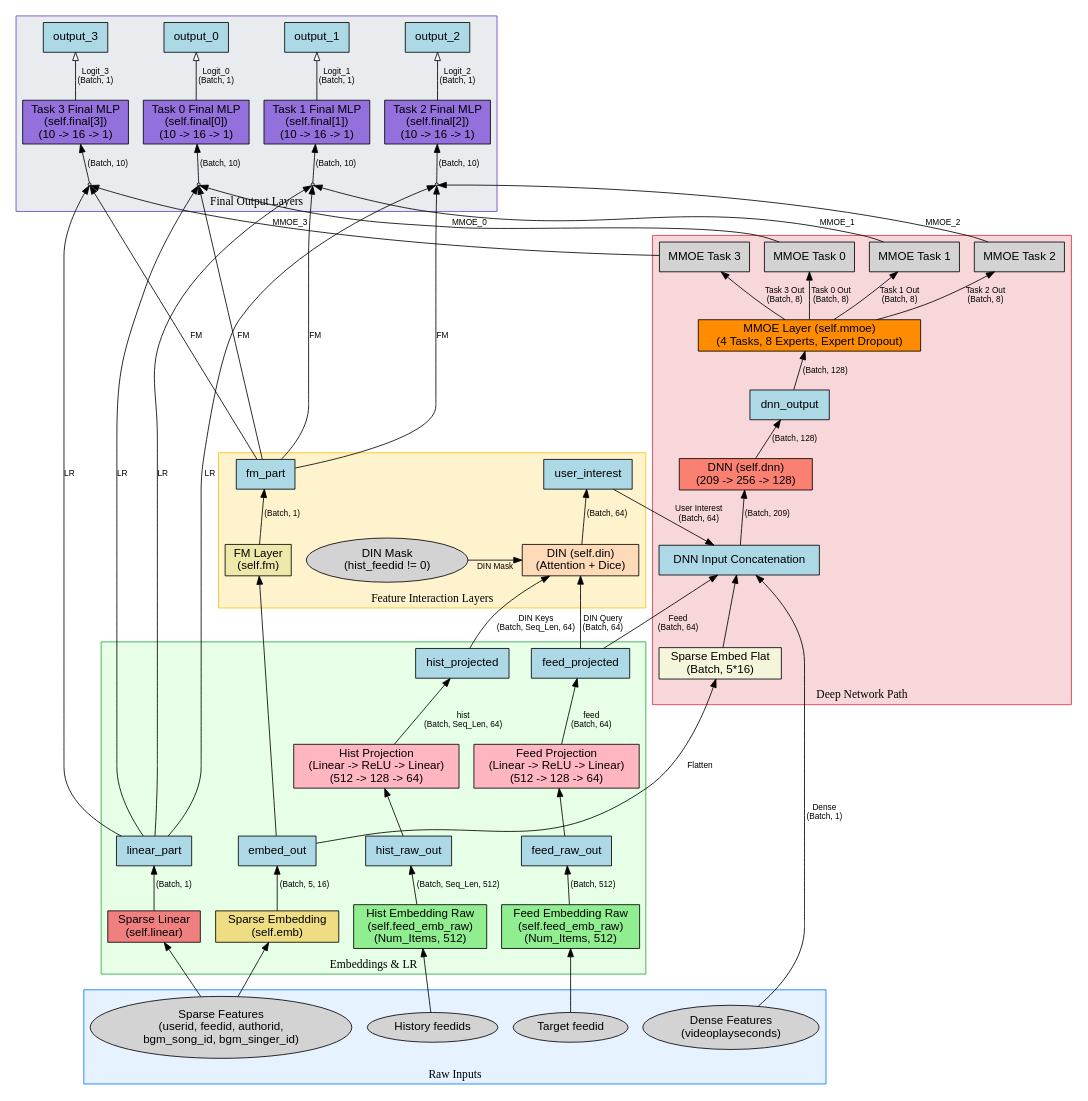
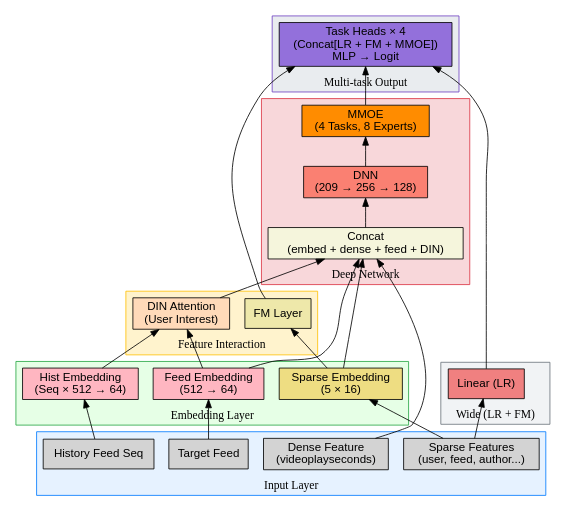
The diagram in 1.dot (111Tmz/WBDC_), drawn with Graphviz before and after one commit.

```diff
--- a/1.dot
+++ b/1.dot
@@ -1,167 +1,96 @@
 digraph G {
-    rankdir=BT; // 从底部到顶部布局
-    node [shape=box, style=filled, fillcolor=lightblue, fontname="Helvetica"];
-    edge [fontname="Helvetica", fontsize=10];
+    rankdir=BT;
+    node [shape=box, style=filled, fontname="Helvetica"];
+    edge [fontname="Helvetica"];
 
-    // Inputs Cluster (在底部)
-    subgraph cluster_inputs {
-        label = "Raw Inputs";
-        color = "#007bff";
-        style = "filled";
-        fillcolor = "#e6f2ff";
+    // ===== 输入层 =====
+    subgraph cluster_input {
+        label="Input Layer";
+        color="#007bff";
+        style=filled;
+        fillcolor="#e6f2ff";
 
-        dense_feats [label="Dense Features\n(videoplayseconds)", shape=oval, fillcolor="lightgray"];
-        sparse_feats [label="Sparse Features\n(userid, feedid, authorid,\nbgm_song_id, bgm_singer_id)", shape=oval, fillcolor="lightgray"];
-        target_feedid [label="Target feedid", shape=oval, fillcolor="lightgray"];
-        hist_feedids [label="History feedids", shape=oval, fillcolor="lightgray"];
+        sparse [label="Sparse Features\n(user, feed, author...)", fillcolor="lightgray"];
+        dense [label="Dense Feature\n(videoplayseconds)", fillcolor="lightgray"];
+        target [label="Target Feed", fillcolor="lightgray"];
+        hist [label="History Feed Seq", fillcolor="lightgray"];
     }
 
-    // Embeddings & LR Path
-    subgraph cluster_embeddings {
-        label = "Embeddings & LR";
-        color = "#28a745";
-        style = "filled";
-        fillcolor = "#e6ffe6";
+    // ===== Embedding =====
+    subgraph cluster_emb {
+        label="Embedding Layer";
+        color="#28a745";
+        style=filled;
+        fillcolor="#e6ffe6";
 
-        // Sparse Embeddings & LR
-        sparse_feats -> sparse_embedding_layer;
-        sparse_embedding_layer [label="Sparse Embedding\n(self.emb)", fillcolor="lightgoldenrod"];
-        sparse_embedding_layer -> embed_out [label="(Batch, 5, 16)"];
-        
-        sparse_feats -> sparse_linear_layer;
-        sparse_linear_layer [label="Sparse Linear\n(self.linear)", fillcolor="lightcoral"];
-        sparse_linear_layer -> linear_part [label="(Batch, 1)"];
-        
-        // Feed Embeddings
-        target_feedid -> feed_emb_raw;
-        feed_emb_raw [label="Feed Embedding Raw\n(self.feed_emb_raw)\n(Num_Items, 512)", fillcolor="lightgreen"];
-        feed_emb_raw -> feed_raw_out [label="(Batch, 512)"];
-        
-        hist_feedids -> hist_emb_raw;
-        hist_emb_raw [label="Hist Embedding Raw\n(self.feed_emb_raw)\n(Num_Items, 512)", fillcolor="lightgreen"];
-        hist_emb_raw -> hist_raw_out [label="(Batch, Seq_Len, 512)"];
-        
-        feed_raw_out -> feed_proj;
-        feed_proj [label="Feed Projection\n(Linear -> ReLU -> Linear)\n(512 -> 128 -> 64)", fillcolor="lightpink"];
-        feed_proj -> feed_projected [label="feed\n(Batch, 64)"];
-
-        hist_raw_out -> hist_proj;
-        hist_proj [label="Hist Projection\n(Linear -> ReLU -> Linear)\n(512 -> 128 -> 64)", fillcolor="lightpink"];
-        hist_proj -> hist_projected [label="hist\n(Batch, Seq_Len, 64)"];
-
-        // 强制一些节点在同一层，减少交叉
-        { rank=same; sparse_embedding_layer; sparse_linear_layer; feed_emb_raw; hist_emb_raw; }
-        { rank=same; embed_out; linear_part; feed_raw_out; hist_raw_out; }
-        { rank=same; feed_proj; hist_proj; }
-        { rank=same; feed_projected; hist_projected; }
+        emb [label="Sparse Embedding\n(5 × 16)", fillcolor="lightgoldenrod"];
+        feed_emb [label="Feed Embedding\n(512 → 64)", fillcolor="lightpink"];
+        hist_emb [label="Hist Embedding\n(Seq × 512 → 64)", fillcolor="lightpink"];
     }
 
-    // Feature Interaction Cluster
+    sparse -> emb;
+    target -> feed_emb;
+    hist -> hist_emb;
+
+    // ===== Feature Interaction =====
     subgraph cluster_interaction {
-        label = "Feature Interaction Layers";
-        color = "#ffc107";
-        style = "filled";
-        fillcolor = "#fff3cd";
+        label="Feature Interaction";
+        color="#ffc107";
+        style=filled;
+        fillcolor="#fff3cd";
 
-        // FM Layer
-        embed_out -> fm_layer;
-        fm_layer [label="FM Layer\n(self.fm)", fillcolor="palegoldenrod"];
-        fm_layer -> fm_part [label="(Batch, 1)"];
-
-        // DIN Layer (DIN Mask现在在此层生成)
-        din_mask_node [label="DIN Mask\n(hist_feedid != 0)", shape=oval, fillcolor="lightgray"]; // DIN Mask移到这里
-        feed_projected -> din_layer [label="DIN Query\n(Batch, 64)"];
-        hist_projected -> din_layer [label="DIN Keys\n(Batch, Seq_Len, 64)"];
-        din_mask_node -> din_layer [label="DIN Mask"];
-
-        din_layer [label="DIN (self.din)\n(Attention + Dice)", fillcolor="peachpuff"];
-        din_layer -> user_interest [label="(Batch, 64)"];
-
-        // 强制某些节点在同一层
-        { rank=same; fm_layer; din_mask_node; din_layer; }
-        { rank=same; fm_part; user_interest; }
+        fm [label="FM Layer", fillcolor="palegoldenrod"];
+        din [label="DIN Attention\n(User Interest)", fillcolor="peachpuff"];
     }
 
-    // Deep Network Path
-    subgraph cluster_deep_path {
-        label = "Deep Network Path";
-        color = "#dc3545";
-        style = "filled";
-        fillcolor = "#f8d7da";
+    emb -> fm;
+    feed_emb -> din;
+    hist_emb -> din;
 
-        embed_out_flat [label="Sparse Embed Flat\n(Batch, 5*16)", fillcolor="beige"];
-        embed_out -> embed_out_flat [label="Flatten"];
+    // ===== Deep部分 =====
+    subgraph cluster_deep {
+        label="Deep Network";
+        color="#dc3545";
+        style=filled;
+        fillcolor="#f8d7da";
 
-        dnn_input_concat [label="DNN Input Concatenation"];
-        embed_out_flat -> dnn_input_concat;
-        dense_feats -> dnn_input_concat [label="Dense\n(Batch, 1)"];
-        feed_projected -> dnn_input_concat [label="Feed\n(Batch, 64)"];
-        user_interest -> dnn_input_concat [label="User Interest\n(Batch, 64)"];
-        
-        dnn_input_concat -> dnn_layer [label="(Batch, 209)"];
-
-        dnn_layer [label="DNN (self.dnn)\n(209 -> 256 -> 128)", fillcolor="salmon"];
-        dnn_layer -> dnn_output [label="(Batch, 128)"];
-
-        mmoe_layer [label="MMOE Layer (self.mmoe)\n(4 Tasks, 8 Experts, Expert Dropout)", fillcolor="darkorange"];
-        dnn_output -> mmoe_layer [label="(Batch, 128)"];
-        
-        mmoe_layer -> mmoe_task_0_out [label="Task 0 Out\n(Batch, 8)"];
-        mmoe_layer -> mmoe_task_1_out [label="Task 1 Out\n(Batch, 8)"];
-        mmoe_layer -> mmoe_task_2_out [label="Task 2 Out\n(Batch, 8)"];
-        mmoe_layer -> mmoe_task_3_out [label="Task 3 Out\n(Batch, 8)"];
-
-        { rank=same; mmoe_task_0_out; mmoe_task_1_out; mmoe_task_2_out; mmoe_task_3_out; }
+        dnn_input [label="Concat\n(embed + dense + feed + DIN)", fillcolor="beige"];
+        dnn [label="DNN\n(209 → 256 → 128)", fillcolor="salmon"];
+        mmoe [label="MMOE\n(4 Tasks, 8 Experts)", fillcolor="darkorange"];
     }
 
-    // Final Output Layers (在顶部)
+    emb -> dnn_input;
+    dense -> dnn_input;
+    feed_emb -> dnn_input;
+    din -> dnn_input;
+
+    dnn_input -> dnn;
+    dnn -> mmoe;
+
+    // ===== Wide部分 =====
+    subgraph cluster_wide {
+        label="Wide (LR + FM)";
+        color="#6c757d";
+        style=filled;
+        fillcolor="#f1f3f5";
+
+        linear [label="Linear (LR)", fillcolor="lightcoral"];
+    }
+
+    sparse -> linear;
+
+    // ===== 输出层 =====
     subgraph cluster_output {
-        label = "Final Output Layers";
-        color = "#6f42c1";
-        style = "filled";
-        fillcolor = "#e9ecef";
+        label="Multi-task Output";
+        color="#6f42c1";
+        style=filled;
+        fillcolor="#e9ecef";
 
-        // Task 0
-        mmoe_task_0_out [label="MMOE Task 0", shape=box, fillcolor="lightgray"];
-        final_concat_0 [label="Final Concat 0", shape=point];
-        linear_part -> final_concat_0 [label="LR"];
-        fm_part -> final_concat_0 [label="FM"];
-        mmoe_task_0_out -> final_concat_0 [label="MMOE_0"];
-        final_concat_0 -> final_mlp_0 [label="(Batch, 10)"];
-        final_mlp_0 [label="Task 0 Final MLP\n(self.final[0])\n(10 -> 16 -> 1)", fillcolor="mediumpurple"];
-        final_mlp_0 -> output_0 [label="Logit_0\n(Batch, 1)", fillcolor="white"];
+        final [label="Task Heads × 4\n(Concat[LR + FM + MMOE])\nMLP → Logit", fillcolor="mediumpurple"];
+    }
 
-        // Task 1
-        mmoe_task_1_out [label="MMOE Task 1", shape=box, fillcolor="lightgray"];
-        final_concat_1 [label="Final Concat 1", shape=point];
-        linear_part -> final_concat_1 [label="LR"];
-        fm_part -> final_concat_1 [label="FM"];
-        mmoe_task_1_out -> final_concat_1 [label="MMOE_1"];
-        final_concat_1 -> final_mlp_1 [label="(Batch, 10)"];
-        final_mlp_1 [label="Task 1 Final MLP\n(self.final[1])\n(10 -> 16 -> 1)", fillcolor="mediumpurple"];
-        final_mlp_1 -> output_1 [label="Logit_1\n(Batch, 1)", fillcolor="white"];
-
-        // Task 2
-        mmoe_task_2_out [label="MMOE Task 2", shape=box, fillcolor="lightgray"];
-        final_concat_2 [label="Final Concat 2", shape=point];
-        linear_part -> final_concat_2 [label="LR"];
-        fm_part -> final_concat_2 [label="FM"];
-        mmoe_task_2_out -> final_concat_2 [label="MMOE_2"];
-        final_concat_2 -> final_mlp_2 [label="(Batch, 10)"];
-        final_mlp_2 [label="Task 2 Final MLP\n(self.final[2])\n(10 -> 16 -> 1)", fillcolor="mediumpurple"];
-        final_mlp_2 -> output_2 [label="Logit_2\n(Batch, 1)", fillcolor="white"];
-
-        // Task 3
-        mmoe_task_3_out [label="MMOE Task 3", shape=box, fillcolor="lightgray"];
-        final_concat_3 [label="Final Concat 3", shape=point];
-        linear_part -> final_concat_3 [label="LR"];
-        fm_part -> final_concat_3 [label="FM"];
-        mmoe_task_3_out -> final_concat_3 [label="MMOE_3"];
-        final_concat_3 -> final_mlp_3 [label="(Batch, 10)"];
-        final_mlp_3 [label="Task 3 Final MLP\n(self.final[3])\n(10 -> 16 -> 1)", fillcolor="mediumpurple"];
-        final_mlp_3 -> output_3 [label="Logit_3\n(Batch, 1)", fillcolor="white"];
-        
-        // 强制所有输出节点在同一层，并在视觉上堆叠，减少横向空间
-        { rank=same; output_0; output_1; output_2; output_3; }
-    }
+    // 连接
+    fm -> final;
+    linear -> final;
+    mmoe -> final;
 }
```
